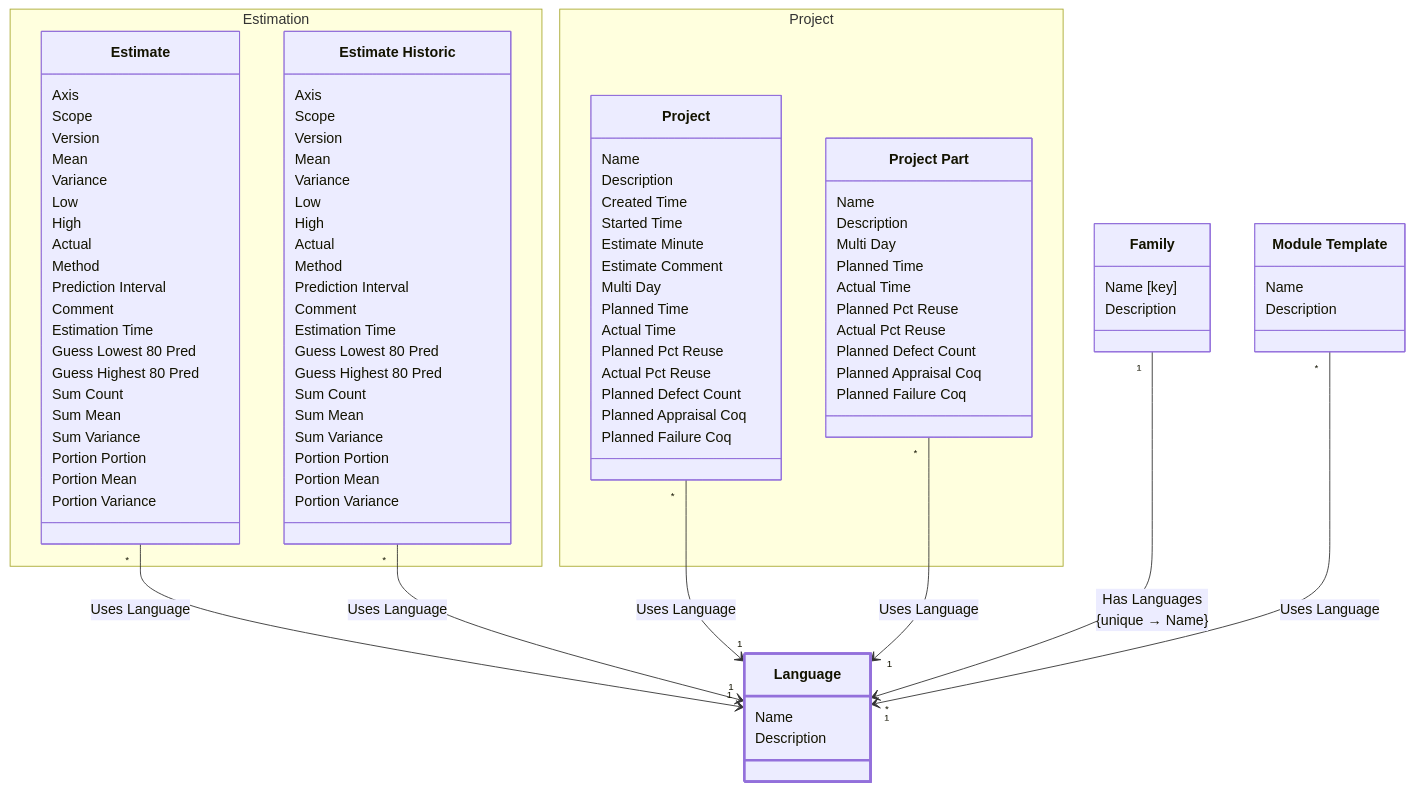
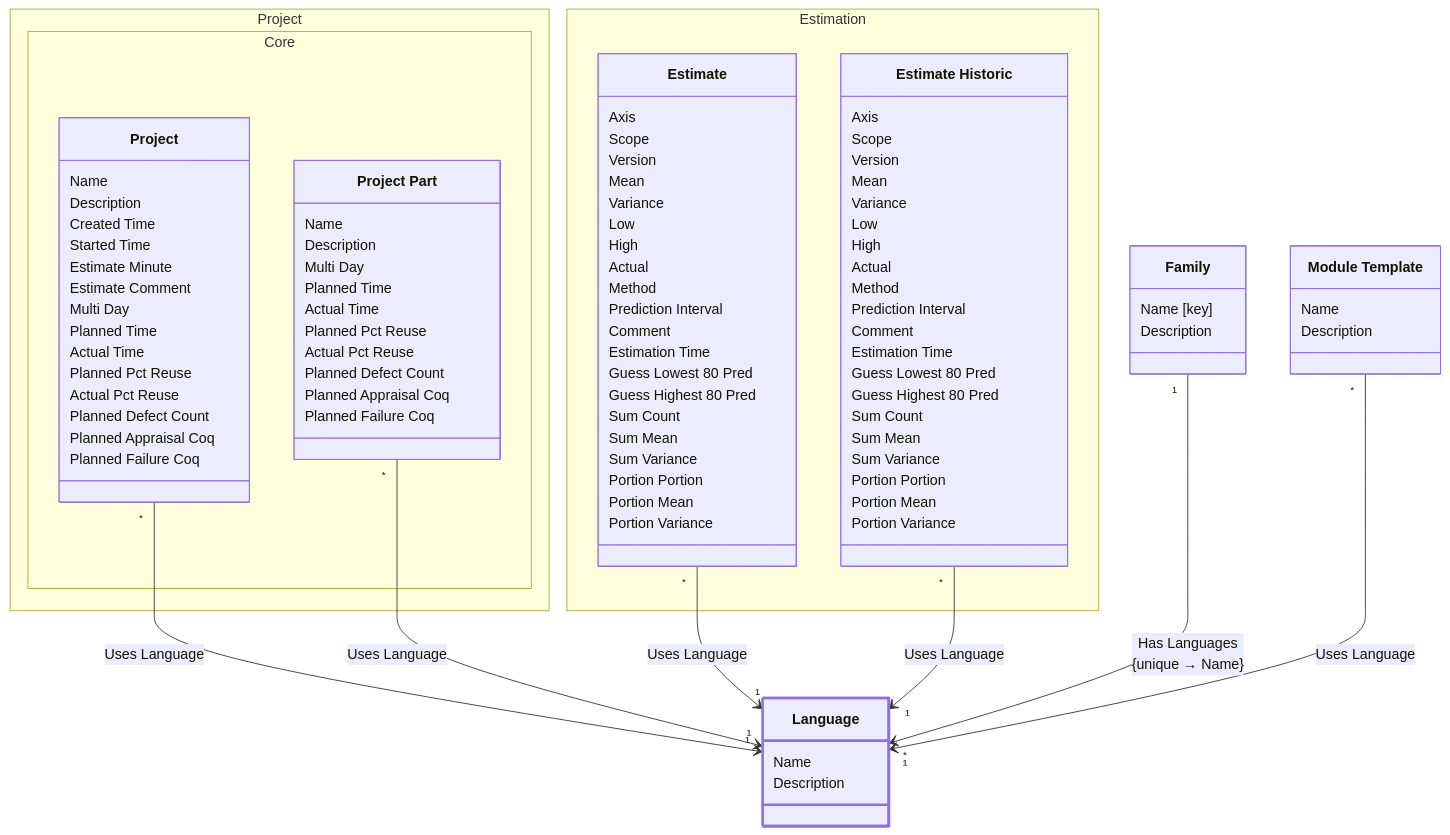
Before and after one commit to glemzurg/glemzurg: the diagram in examples/requirements/req/output/development/class-domain.process.subdomain.definition.class.language.md, drawn with Mermaid. The commit also changed other lines of this file and 116 other files, not shown here.

```diff
--- a/examples/requirements/req/output/development/class-domain.process.subdomain.definition.class.language.md
+++ b/examples/requirements/req/output/development/class-domain.process.subdomain.definition.class.language.md
@@ -86,8 +86,8 @@
             Portion Variance
         }
 }
-namespace Project {
-class class_domain_process_subdomain_project_class_project["Project"] {
+namespace Project.Core {
+class class_domain_project_subdomain_core_class_project["Project"] {
             Name
             Description
             Created Time
@@ -103,7 +103,7 @@
             Planned Appraisal Coq
             Planned Failure Coq
         }
-class class_domain_process_subdomain_project_class_project_part["Project Part"] {
+class class_domain_project_subdomain_core_class_project_part["Project Part"] {
             Name
             Description
             Multi Day
@@ -117,10 +117,10 @@
         }
 }
 style class_domain_process_subdomain_definition_class_language stroke:#9370DB,stroke-width:3px
+class_domain_project_subdomain_core_class_project "*" --> "1" class_domain_process_subdomain_definition_class_language : Uses Language
+class_domain_project_subdomain_core_class_project_part "*" --> "1" class_domain_process_subdomain_definition_class_language : Uses Language
 class_domain_process_subdomain_estimation_class_estimate "*" --> "1" class_domain_process_subdomain_definition_class_language : Uses Language
 class_domain_process_subdomain_estimation_class_estimate_historic "*" --> "1" class_domain_process_subdomain_definition_class_language : Uses Language
-class_domain_process_subdomain_project_class_project "*" --> "1" class_domain_process_subdomain_definition_class_language : Uses Language
-class_domain_process_subdomain_project_class_project_part "*" --> "1" class_domain_process_subdomain_definition_class_language : Uses Language
 class_domain_process_subdomain_definition_class_family "1" --> "*" class_domain_process_subdomain_definition_class_language : Has Languages<br/>{unique → Name}
 class_domain_process_subdomain_definition_class_module_template "*" --> "1" class_domain_process_subdomain_definition_class_language : Uses Language
 
```
